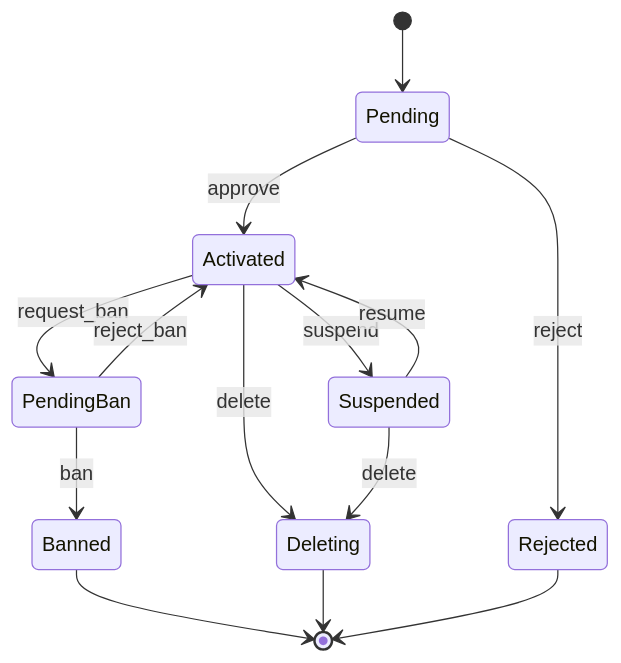
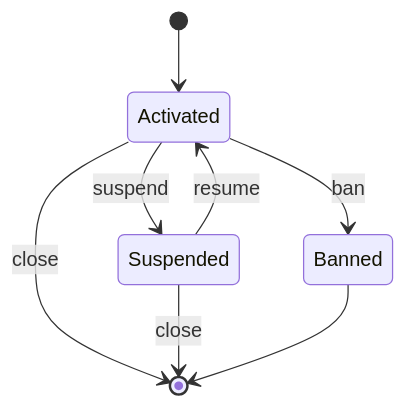
Before and after one commit to malbeclabs/doublezero: the seventh of 7 diagrams in smartcontract/README.md, drawn with Mermaid. The commit also changed other lines of this file and 24 other files, not shown here.

````diff
--- a/smartcontract/README.md
+++ b/smartcontract/README.md
@@ -364,16 +343,10 @@
 ```mermaid
 stateDiagram-v2
-    [*] --> Pending
-    Pending --> Activated: approve
-    Pending --> Rejected: reject
+    [*] --> Activated
     Activated --> Suspended: suspend
-    Activated --> PendingBan: request_ban
-    Activated --> Deleting: delete
     Suspended --> Activated: resume
-    Suspended --> Deleting: delete
-    PendingBan --> Banned: ban
-    PendingBan --> Activated: reject_ban
+    Activated --> Banned: ban
+    Activated --> [*]: close
+    Suspended --> [*]: close
     Banned --> [*]
-    Deleting --> [*]
-    Rejected --> [*]
 ```
````
